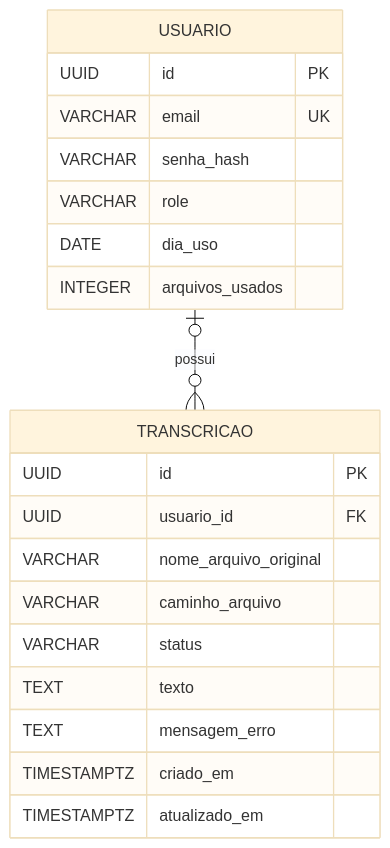
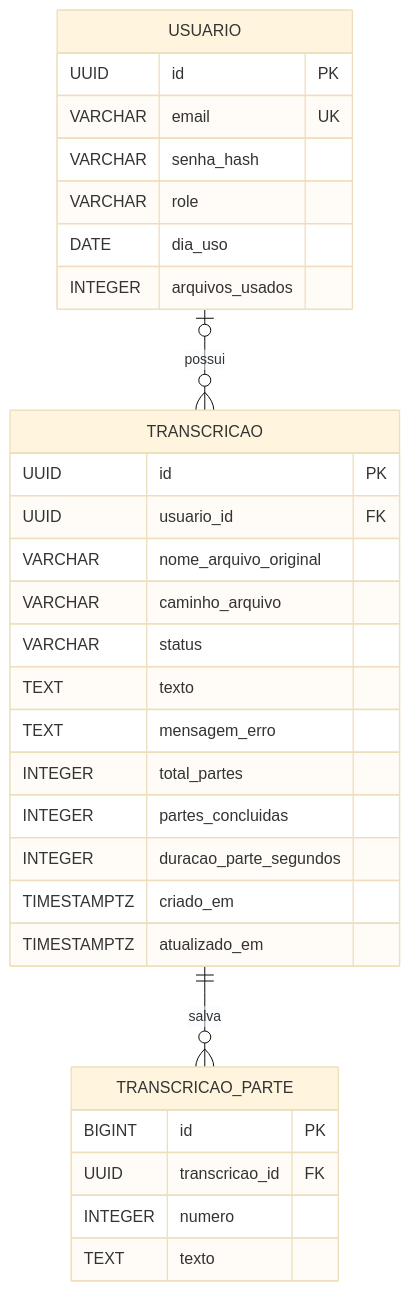
Before and after one commit to bernas0610/projeto_sistema_transcricao: the diagram in docs/01-MODELO DE DADOS.md, drawn with Mermaid (base theme). The commit also changed other lines of this file and 16 other files, not shown here.

Commit message:
Persiste checkpoints e progresso por parte da transcricao

````diff
--- a/docs/01-MODELO DE DADOS.md
+++ b/docs/01-MODELO DE DADOS.md
@@ -7,23 +7,33 @@
 ```mermaid
 erDiagram
     USUARIO o|--o{ TRANSCRICAO : possui
     USUARIO {
         UUID id PK
         VARCHAR email UK
         VARCHAR senha_hash
         VARCHAR role
         DATE dia_uso
         INTEGER arquivos_usados
     }
     TRANSCRICAO {
         UUID id PK
         UUID usuario_id FK
         VARCHAR nome_arquivo_original
         VARCHAR caminho_arquivo
         VARCHAR status
         TEXT texto
         TEXT mensagem_erro
+        INTEGER total_partes
+        INTEGER partes_concluidas
+        INTEGER duracao_parte_segundos
         TIMESTAMPTZ criado_em
         TIMESTAMPTZ atualizado_em
     }
+    TRANSCRICAO ||--o{ TRANSCRICAO_PARTE : salva
+    TRANSCRICAO_PARTE {
+        BIGINT id PK
+        UUID transcricao_id FK
+        INTEGER numero
+        TEXT texto
+    }
 ```
````
